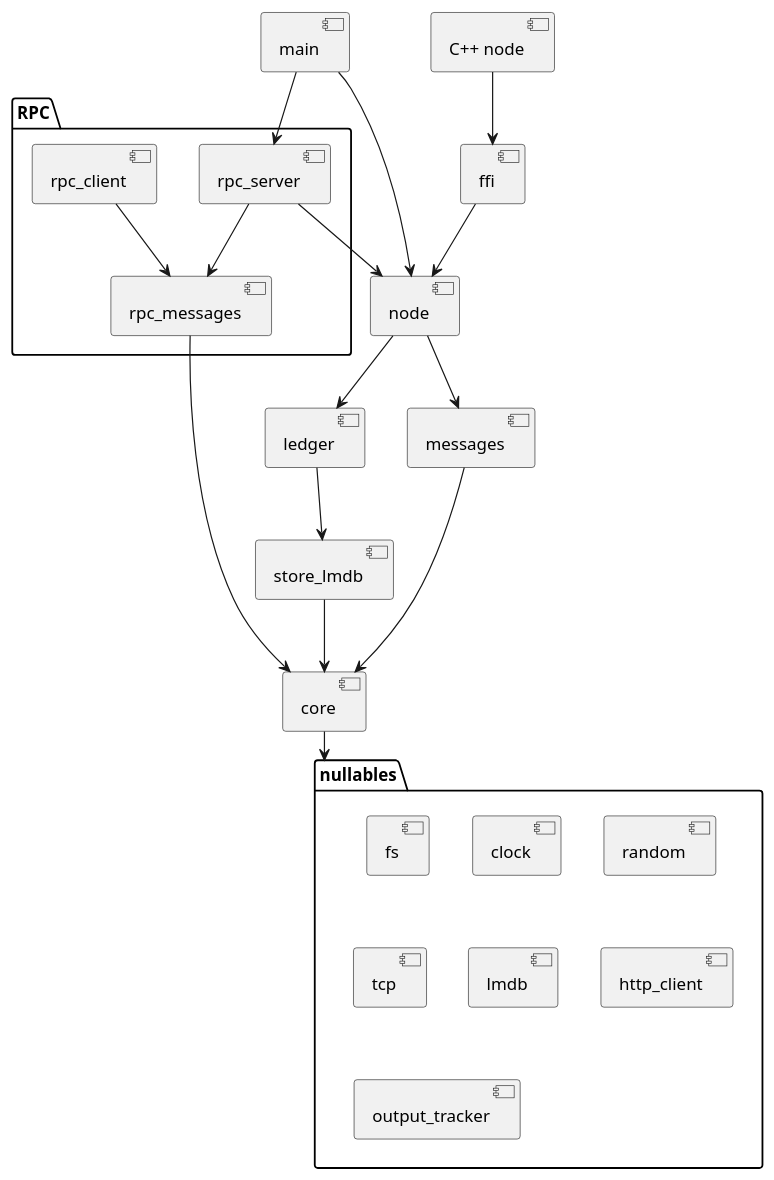
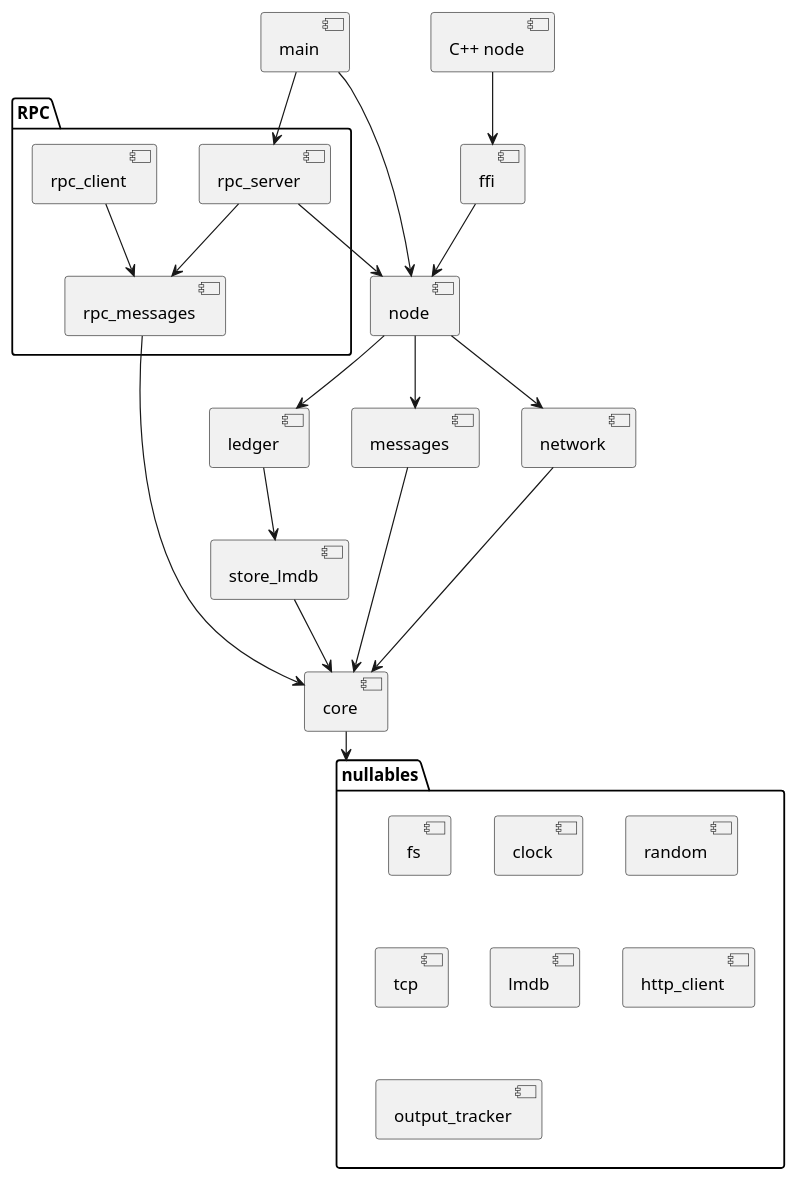
One commit to stjet/rsban-node changed the diagram in rust/doc/crates.puml. Above: the diagram before and after it, drawn with PlantUML. The commit also changed 37 other files, not shown here.

```diff
--- a/rust/doc/crates.puml
+++ b/rust/doc/crates.puml
@@ -1,43 +1,46 @@
 @startuml "Split crates"
 
 [core]
 [ledger]
 [store_lmdb]
 [messages]
+[network]
 [node]
 [main]
 [ffi]
 [C++ node]
 
 folder "nullables"{
 [fs]
 [clock]
 [random]
 [tcp]
 [lmdb]
 [http_client]
 [output_tracker]
 }
 
 folder "RPC"{
     [rpc_messages]
     [rpc_server]
     [rpc_client]
 }
 
 [C++ node] --> [ffi]
 [main] --> [node]
 [main] --> [rpc_server]
 [rpc_server] --> [node]
 [rpc_server] --> [rpc_messages]
 [rpc_client] --> [rpc_messages]
 [rpc_messages] --> [core]
 [node] --> [ledger]
 [node] --> [messages]
+[node] --> [network]
 [messages] --> [core]
+[network] --> [core]
 [ledger] --> [store_lmdb]
 [store_lmdb] --> [core]
 [ffi] --> [node]
 [core] --> "nullables"
 
 @enduml
```
